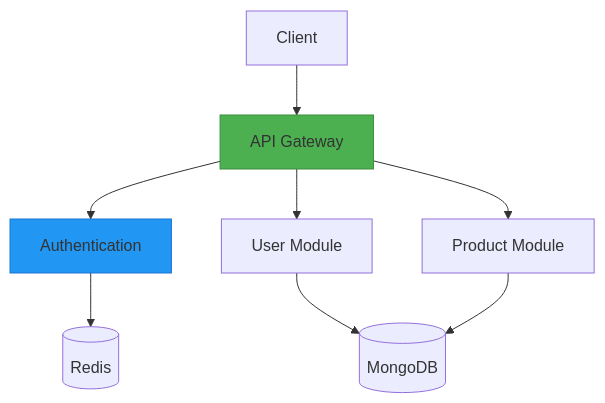
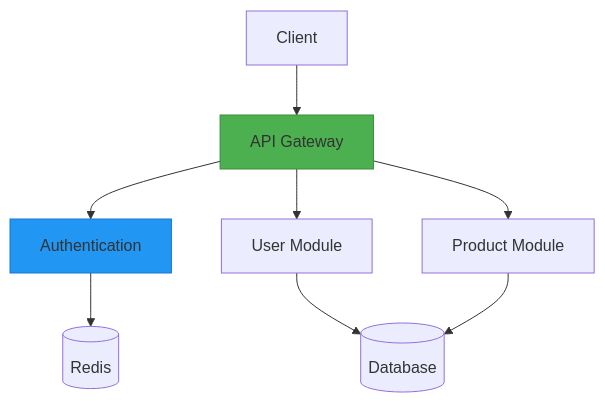
The diagram in README.md (devnadeemashraf/express-template), drawn with Mermaid before and after one commit. The commit also changed other lines of this file, not shown here.

Commit message:
update: README.md

````diff
--- a/README.md
+++ b/README.md
@@ -26,12 +26,12 @@
 ```mermaid
 graph TD
     A[Client] --> B[API Gateway]
     B --> C[Authentication]
     B --> D[User Module]
     B --> E[Product Module]
     C --> F[(Redis)]
-    D --> G[(MongoDB)]
+    D --> G[(Database)]
     E --> G
     style B fill:#4CAF50,stroke:#388E3C
     style C fill:#2196F3,stroke:#1976D2
 ```
````
